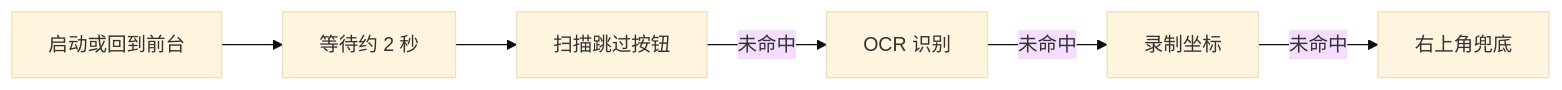
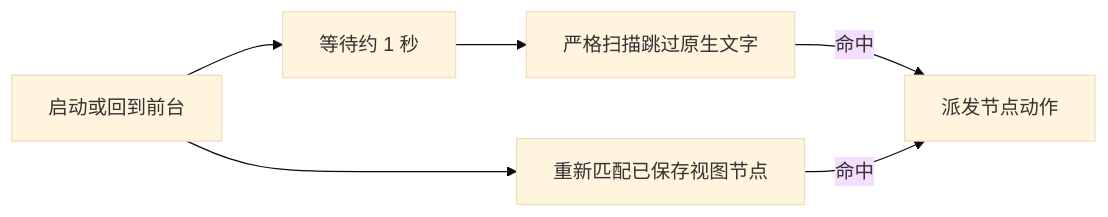
The diagram in README.md (susu123oss/adgo), drawn with Mermaid (base theme) before and after one commit. The commit also changed other lines of this file and 4 other files, not shown here.

````diff
--- a/README.md
+++ b/README.md
@@ -23,8 +23,8 @@
 ```mermaid
 flowchart LR
-    A[启动或回到前台] --> B[等待约 2 秒]
-    B --> C[扫描跳过按钮]
-    C -->|未命中| D[OCR 识别]
-    D -->|未命中| E[录制坐标]
-    E -->|未命中| F[右上角兜底]
+    A[启动或回到前台] --> B[等待约 1 秒]
+    B --> C[严格扫描跳过原生文字]
+    A --> D[重新匹配已保存视图节点]
+    C -->|命中| E[派发节点动作]
+    D -->|命中| E
 ```
````
